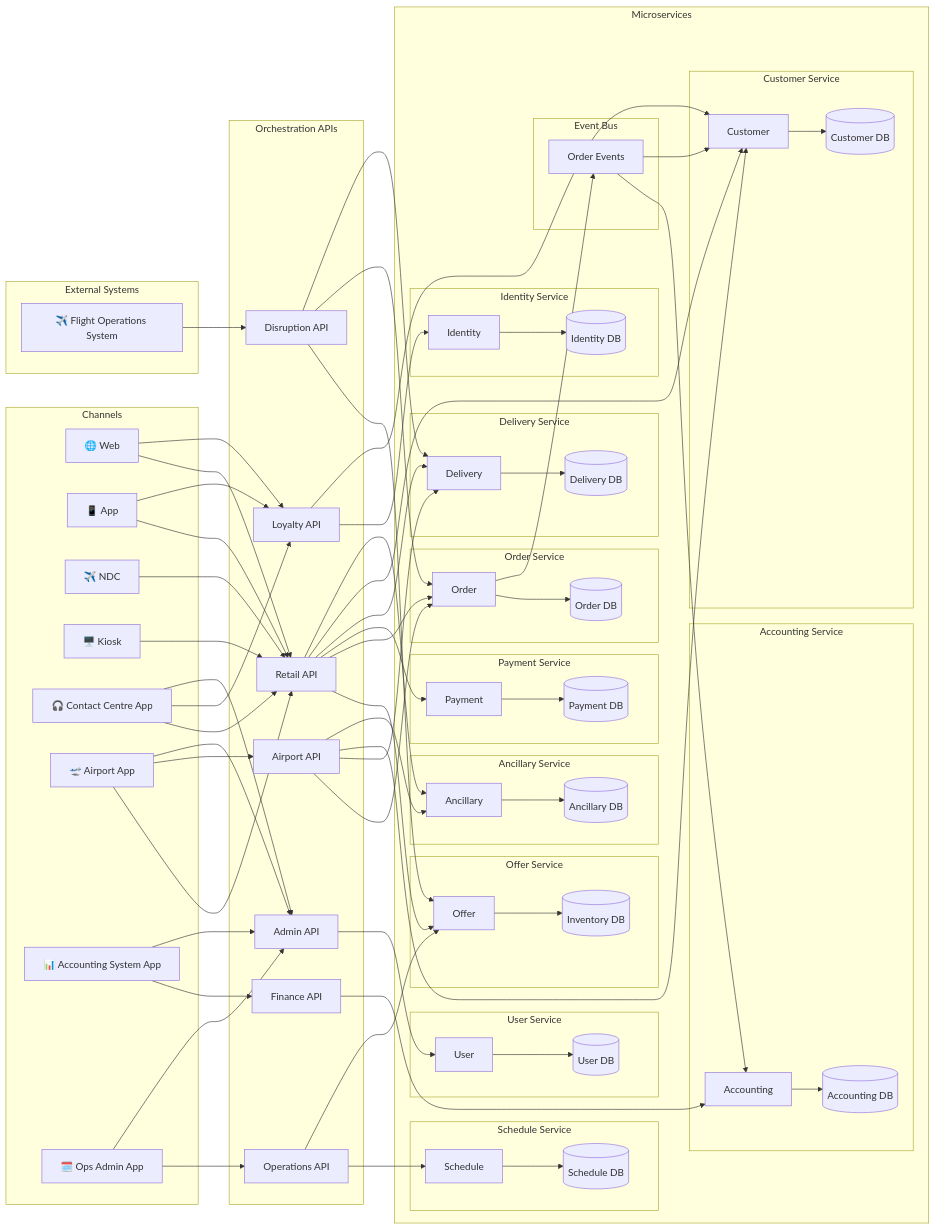
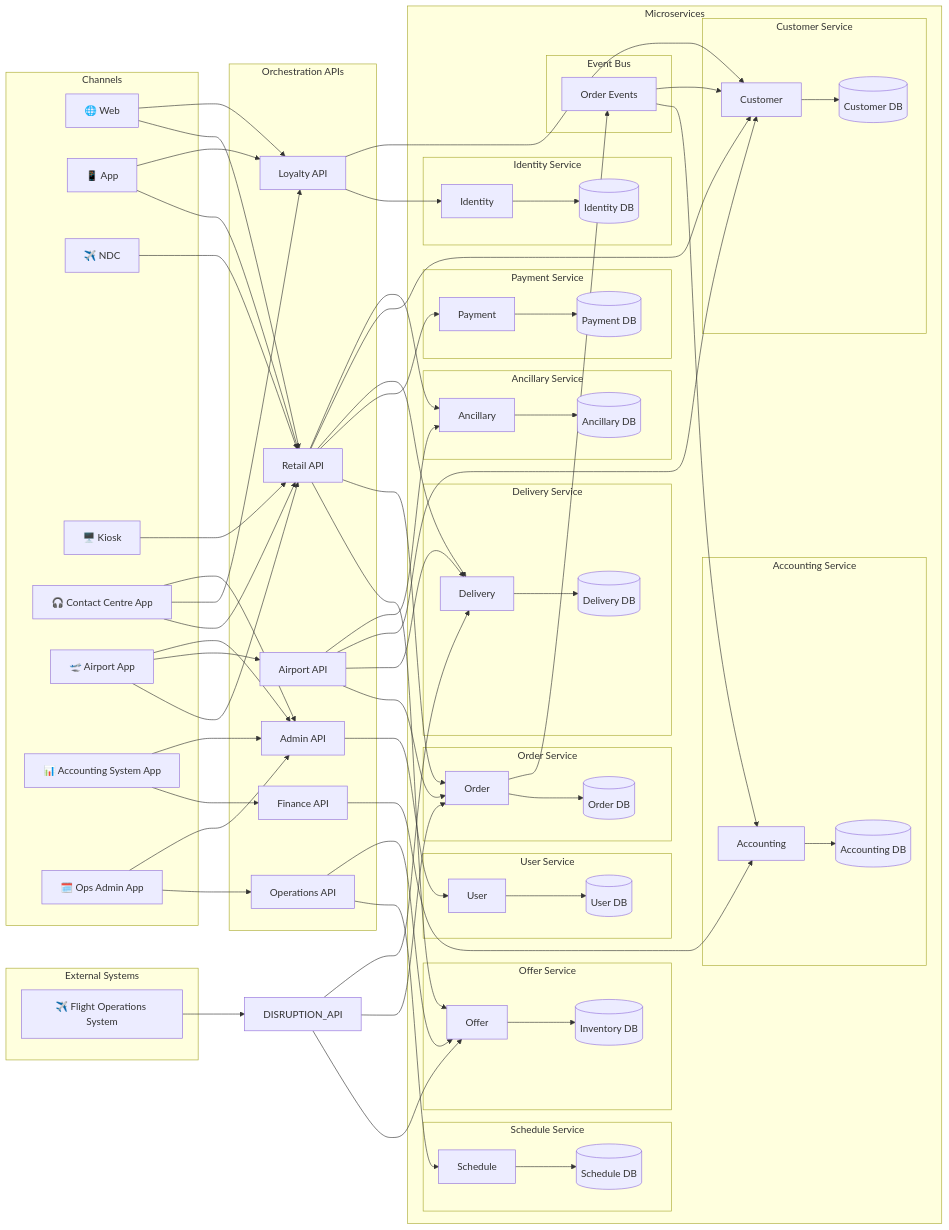
The diagram in documentation/system-overview.md (sebharvey/airline-reservation-system), drawn with Mermaid before and after one commit. The commit also changed other lines of this file and 32 other files, not shown here.

First line of the commit message:
Move disruption orchestration into Operations API; remove standalone Disruption API

```diff
--- a/documentation/system-overview.md
+++ b/documentation/system-overview.md
@@ -104,7 +100,6 @@
         LOYALTY_API[Loyalty API]
         AIRPORT_API[Airport API]
         FINANCE_API[Finance API]
-        DISRUPTION_API[Disruption API]
         OPERATIONS_API[Operations API]
         ADMIN_API[Admin API]
     end
```
